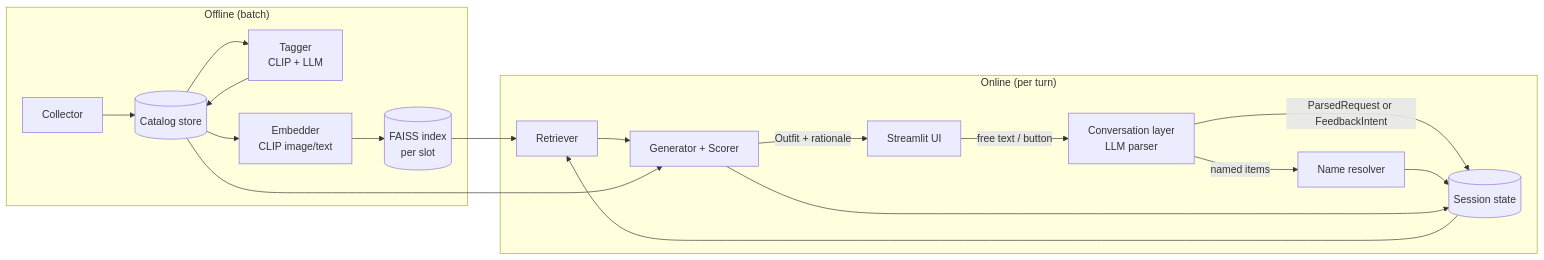
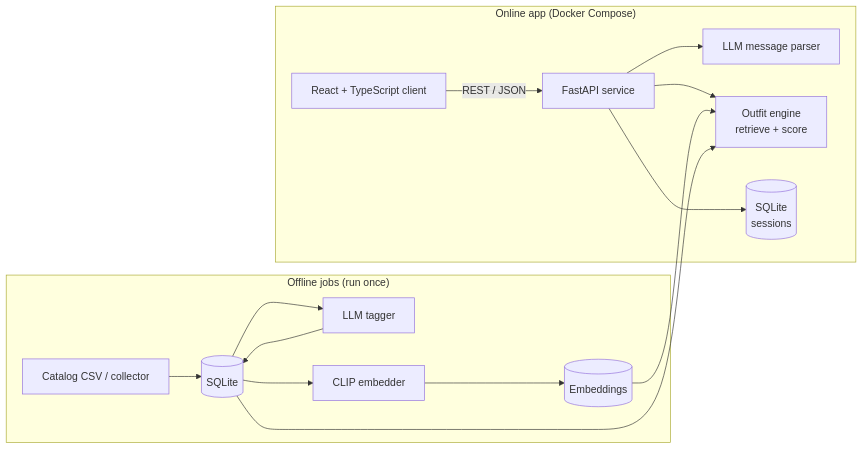
One commit to pateljiyab/AritziasVeryOwn changed the diagram in docs/TECH_SPEC.md. Above: the diagram before and after it, drawn with Mermaid. The commit also changed other lines of this file and 2 other files, not shown here.

````diff
--- a/docs/TECH_SPEC.md
+++ b/docs/TECH_SPEC.md
@@ -26,23 +15,19 @@
 ```mermaid
 flowchart LR
-    subgraph Offline["Offline (batch)"]
-        A[Collector] --> B[(Catalog store)]
-        B --> C[Tagger<br/>CLIP + LLM]
+    subgraph Offline["Offline jobs (run once)"]
+        A[Catalog CSV / collector] --> B[(SQLite)]
+        B --> C[LLM tagger]
         C --> B
-        B --> D[Embedder<br/>CLIP image/text]
-        D --> E[(FAISS index<br/>per slot)]
+        B --> D[CLIP embedder]
+        D --> E[(Embeddings)]
     end
 
-    subgraph Online["Online (per turn)"]
-        U[Streamlit UI] -->|free text / button| P[Conversation layer<br/>LLM parser]
-        P -->|ParsedRequest or FeedbackIntent| S[(Session state)]
-        P -->|named items| N[Name resolver]
-        N --> S
-        S --> R[Retriever]
-        E --> R
-        R --> G[Generator + Scorer]
+    subgraph Online["Online app (Docker Compose)"]
+        W[React + TypeScript client] -->|REST / JSON| API[FastAPI service]
+        API --> L[LLM message parser]
+        API --> G[Outfit engine<br/>retrieve + score]
+        E --> G
         B --> G
-        G -->|Outfit + rationale| U
-        G --> S
+        API --> S[(SQLite<br/>sessions)]
     end
 ```
````
